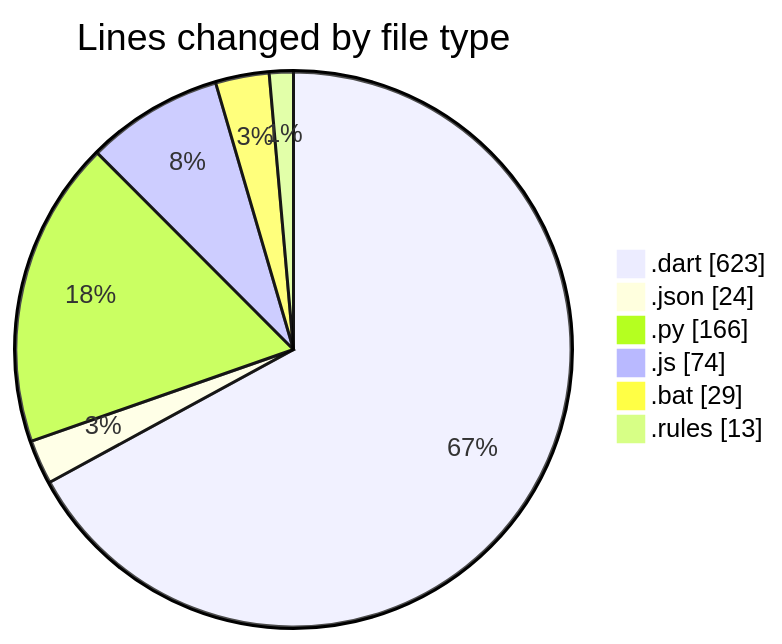
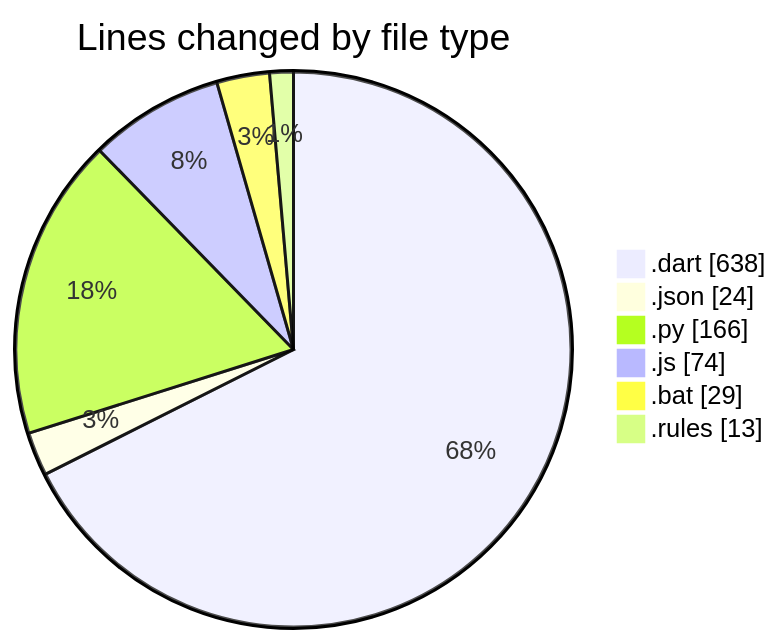
Before and after one commit to lephambinh05/code-tracking: the first of 2 diagrams in 2025-08-04/studybuddy/README.md, drawn with Mermaid. The commit also changed other lines of this file and 1 other file, not shown here.

````diff
--- a/2025-08-04/studybuddy/README.md
+++ b/2025-08-04/studybuddy/README.md
@@ -33,10 +33,10 @@
 ```mermaid
 pie showData
 title Lines changed by file type
-".dart" : 623
+".dart" : 638
 ".json" : 24
 ".py" : 166
 ".js" : 74
 ".bat" : 29
 ".rules" : 13
 ```
````
